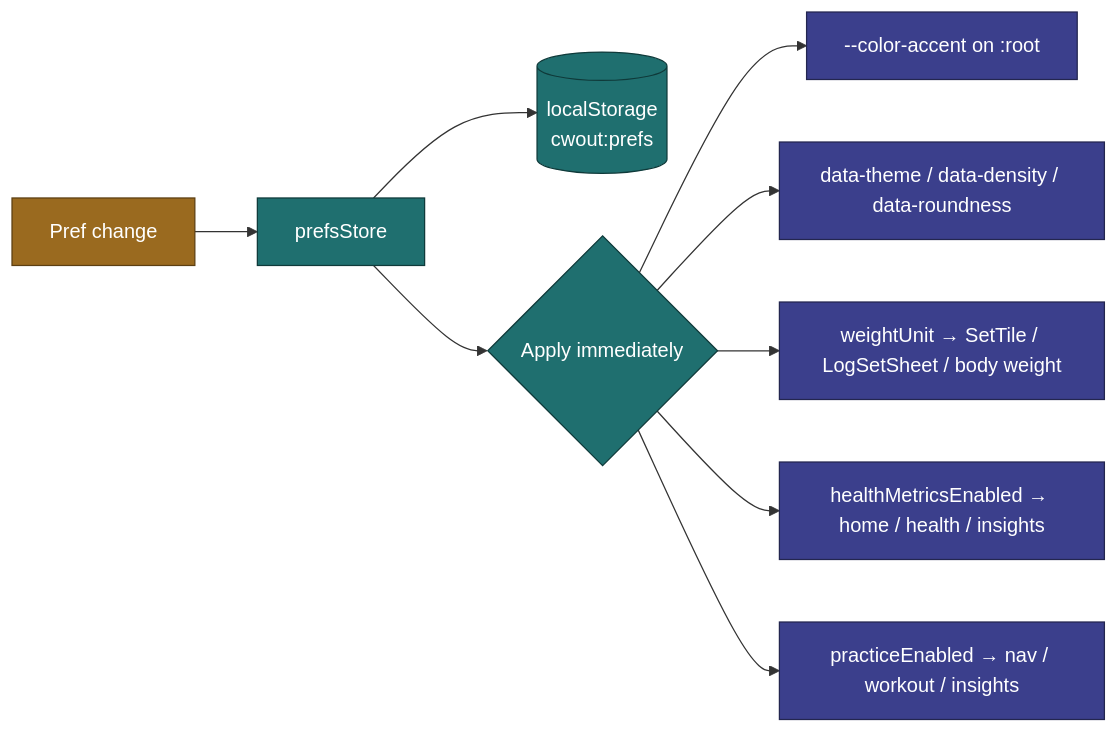
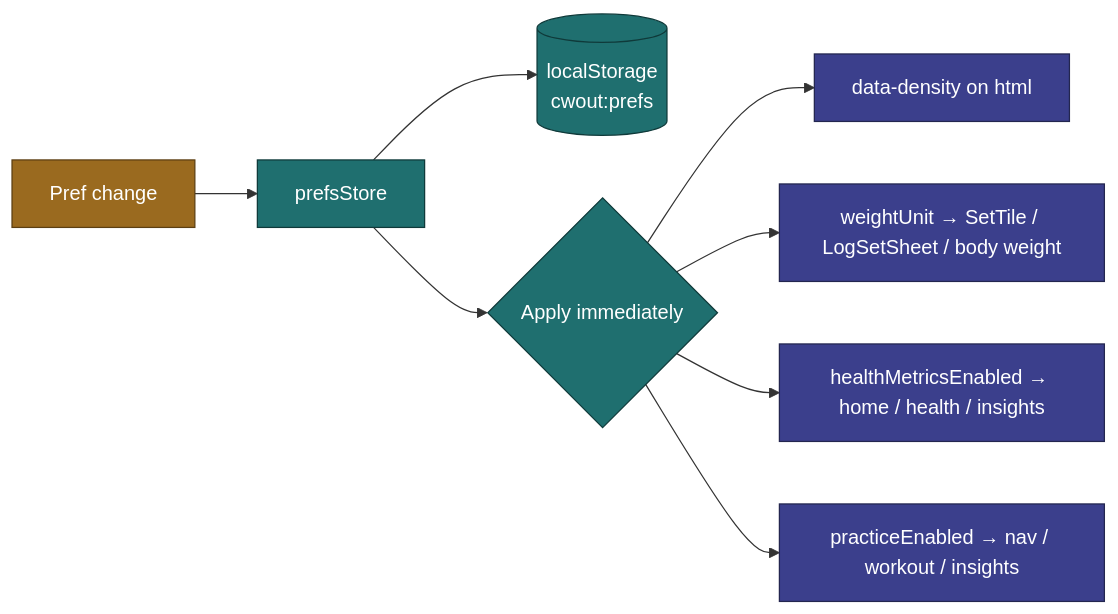
The second of 2 diagrams in docs/requirements/settings-preferences.md (jermbo/CosmicWorkOut), drawn with Mermaid before and after one commit. The commit also changed other lines of this file and 165 other files, not shown here.

````diff
--- a/docs/requirements/settings-preferences.md
+++ b/docs/requirements/settings-preferences.md
@@ -101,18 +104,17 @@
 ```mermaid
 flowchart LR
     Change[Pref change] --> Store[prefsStore]
     Store --> LS[("localStorage<br/>cwout:prefs")]
     Store --> Apply{Apply immediately}
-    Apply --> CSS["--color-accent on :root"]
-    Apply --> Data["data-theme / data-density / data-roundness"]
+    Apply --> Data["data-density on html"]
     Apply --> Unit[weightUnit → SetTile / LogSetSheet / body weight]
     Apply --> Health[healthMetricsEnabled → home / health / insights]
     Apply --> Work[practiceEnabled → nav / workout / insights]
 
     classDef trigger fill:#9a6a1f,stroke:#5c3f12,color:#ffffff;
     classDef store fill:#1f6f6f,stroke:#0f3a3a,color:#ffffff;
     classDef effect fill:#3b3f8c,stroke:#23264f,color:#ffffff;
     class Change trigger;
     class Store,LS,Apply store;
-    class CSS,Data,Unit,Health,Work effect;
+    class Data,Unit,Health,Work effect;
 ```
````
